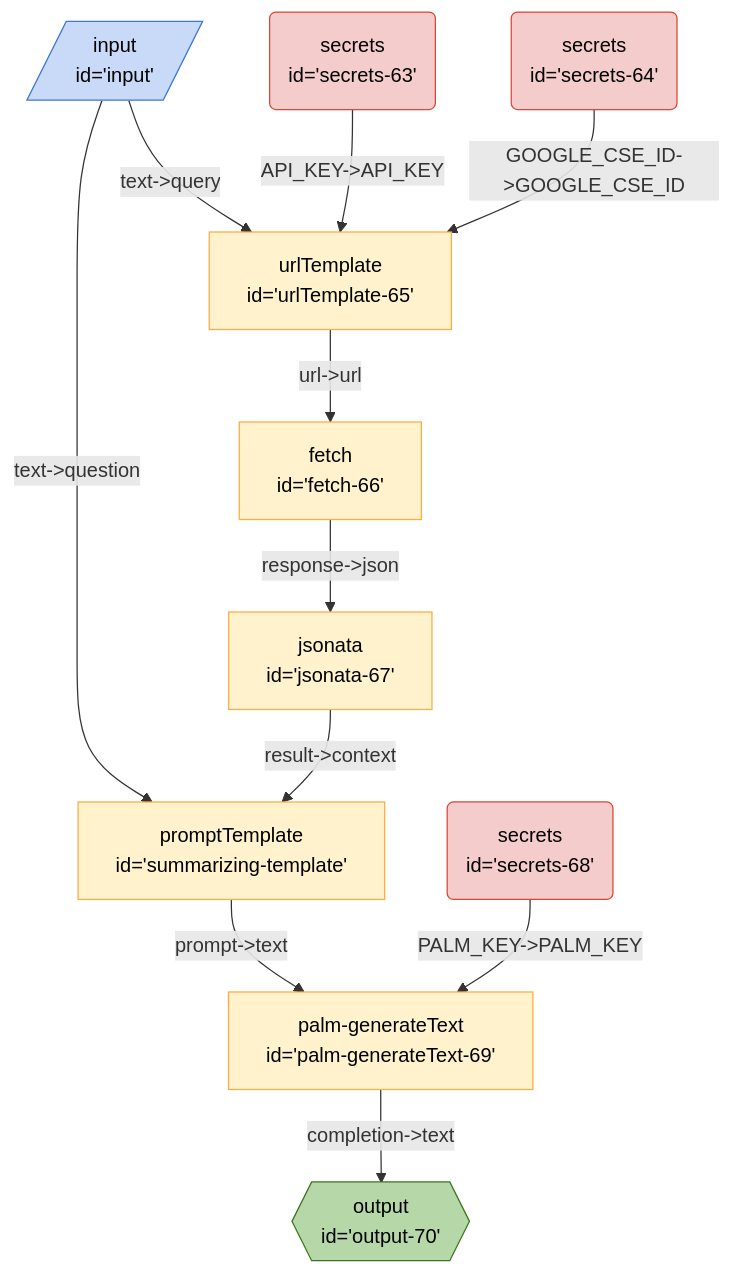
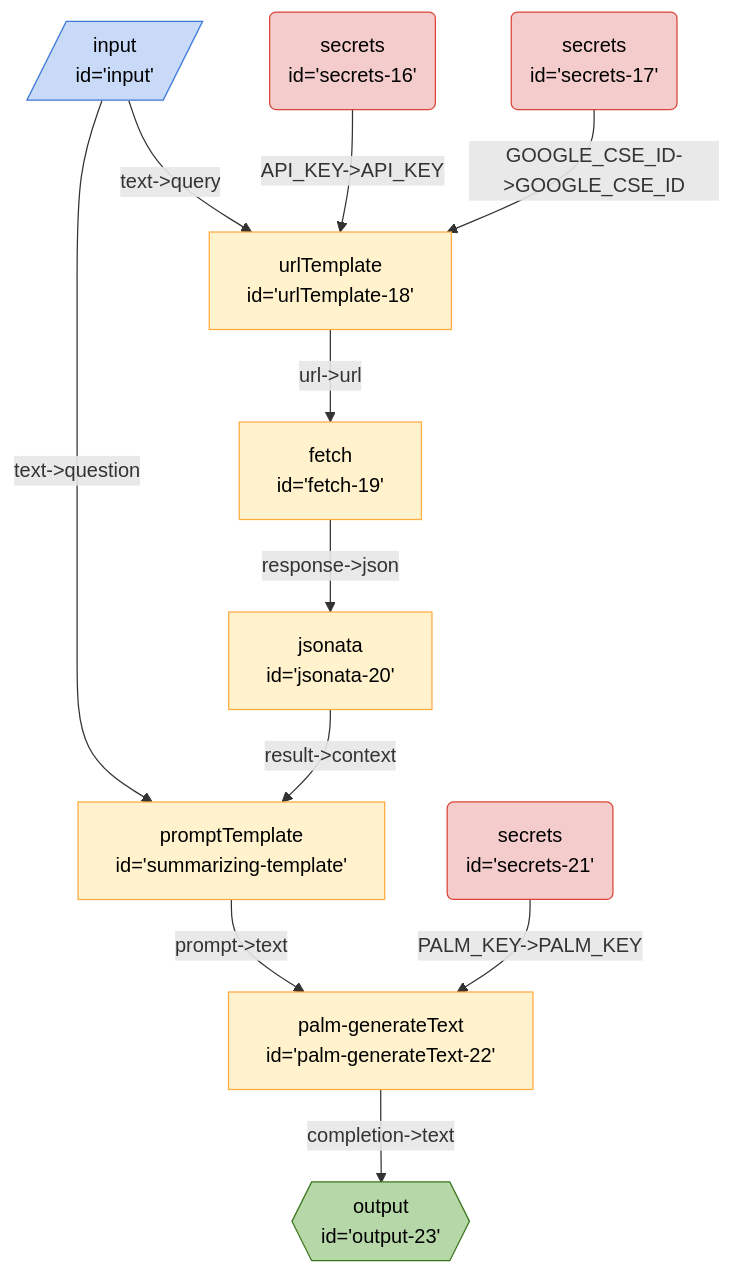
The diagram in seeds/breadboard-web/docs/graphs/new/search-summarize.md (breadboard-ai/breadboard), drawn with Mermaid before and after one commit. The commit also changed 20 other files, not shown here.

Commit message:
[new syntax] saner ids in example graphs

````diff
--- a/seeds/breadboard-web/docs/graphs/new/search-summarize.md
+++ b/seeds/breadboard-web/docs/graphs/new/search-summarize.md
@@ -3,22 +3,22 @@
 ```mermaid
 %%{init: 'themeVariables': { 'fontFamily': 'Fira Code, monospace' }}%%
 graph TD;
-palmgenerateText69["palm-generateText <br> id='palm-generateText-69'"] -- "completion->text" --> output70{{"output <br> id='output-70'"}}:::output
-summarizingtemplate["promptTemplate <br> id='summarizing-template'"] -- "prompt->text" --> palmgenerateText69["palm-generateText <br> id='palm-generateText-69'"]
-secrets68("secrets <br> id='secrets-68'"):::secrets -- "PALM_KEY->PALM_KEY" --> palmgenerateText69["palm-generateText <br> id='palm-generateText-69'"]
-input[/"input <br> id='input'"/]:::input -- "text->query" --> urlTemplate65["urlTemplate <br> id='urlTemplate-65'"]
+palmgenerateText22["palm-generateText <br> id='palm-generateText-22'"] -- "completion->text" --> output23{{"output <br> id='output-23'"}}:::output
+summarizingtemplate["promptTemplate <br> id='summarizing-template'"] -- "prompt->text" --> palmgenerateText22["palm-generateText <br> id='palm-generateText-22'"]
+secrets21("secrets <br> id='secrets-21'"):::secrets -- "PALM_KEY->PALM_KEY" --> palmgenerateText22["palm-generateText <br> id='palm-generateText-22'"]
+input[/"input <br> id='input'"/]:::input -- "text->query" --> urlTemplate18["urlTemplate <br> id='urlTemplate-18'"]
 input[/"input <br> id='input'"/]:::input -- "text->question" --> summarizingtemplate["promptTemplate <br> id='summarizing-template'"]
-jsonata67["jsonata <br> id='jsonata-67'"] -- "result->context" --> summarizingtemplate["promptTemplate <br> id='summarizing-template'"]
-urlTemplate65["urlTemplate <br> id='urlTemplate-65'"] -- "url->url" --> fetch66["fetch <br> id='fetch-66'"]
-fetch66["fetch <br> id='fetch-66'"] -- "response->json" --> jsonata67["jsonata <br> id='jsonata-67'"]
-secrets63("secrets <br> id='secrets-63'"):::secrets -- "API_KEY->API_KEY" --> urlTemplate65["urlTemplate <br> id='urlTemplate-65'"]
-secrets64("secrets <br> id='secrets-64'"):::secrets -- "GOOGLE_CSE_ID->GOOGLE_CSE_ID" --> urlTemplate65["urlTemplate <br> id='urlTemplate-65'"]
+jsonata20["jsonata <br> id='jsonata-20'"] -- "result->context" --> summarizingtemplate["promptTemplate <br> id='summarizing-template'"]
+urlTemplate18["urlTemplate <br> id='urlTemplate-18'"] -- "url->url" --> fetch19["fetch <br> id='fetch-19'"]
+fetch19["fetch <br> id='fetch-19'"] -- "response->json" --> jsonata20["jsonata <br> id='jsonata-20'"]
+secrets16("secrets <br> id='secrets-16'"):::secrets -- "API_KEY->API_KEY" --> urlTemplate18["urlTemplate <br> id='urlTemplate-18'"]
+secrets17("secrets <br> id='secrets-17'"):::secrets -- "GOOGLE_CSE_ID->GOOGLE_CSE_ID" --> urlTemplate18["urlTemplate <br> id='urlTemplate-18'"]
 classDef default stroke:#ffab40,fill:#fff2ccff,color:#000
 classDef input stroke:#3c78d8,fill:#c9daf8ff,color:#000
 classDef output stroke:#38761d,fill:#b6d7a8ff,color:#000
 classDef passthrough stroke:#a64d79,fill:#ead1dcff,color:#000
 classDef slot stroke:#a64d79,fill:#ead1dcff,color:#000
 classDef config stroke:#a64d79,fill:#ead1dcff,color:#000
 classDef secrets stroke:#db4437,fill:#f4cccc,color:#000
 classDef slotted stroke:#a64d79
 ```
````
